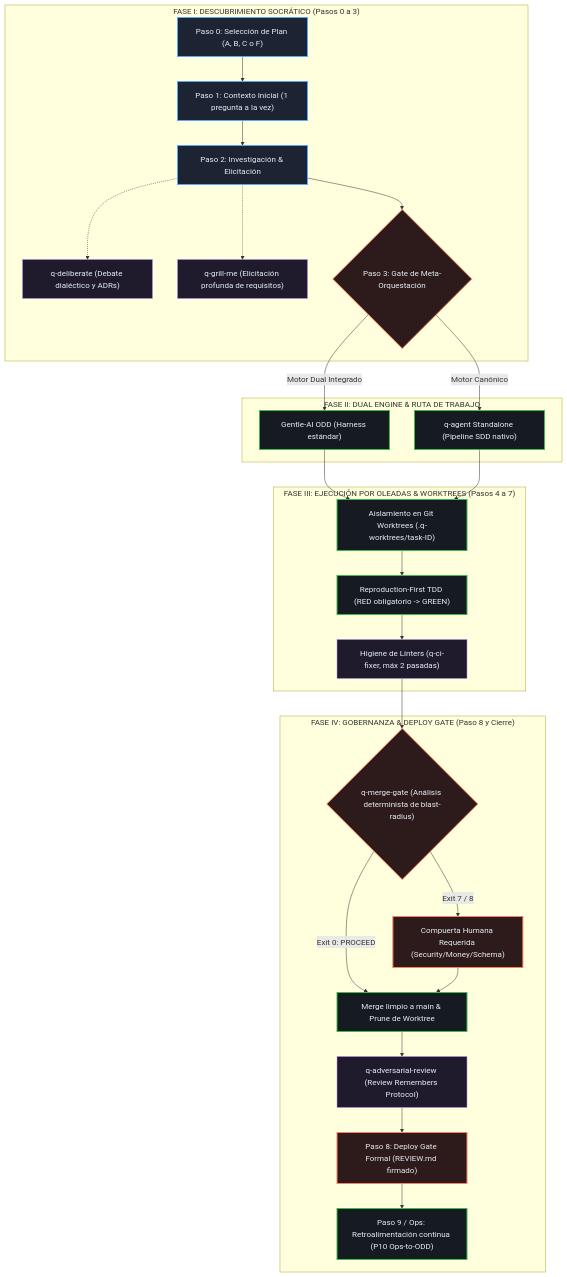
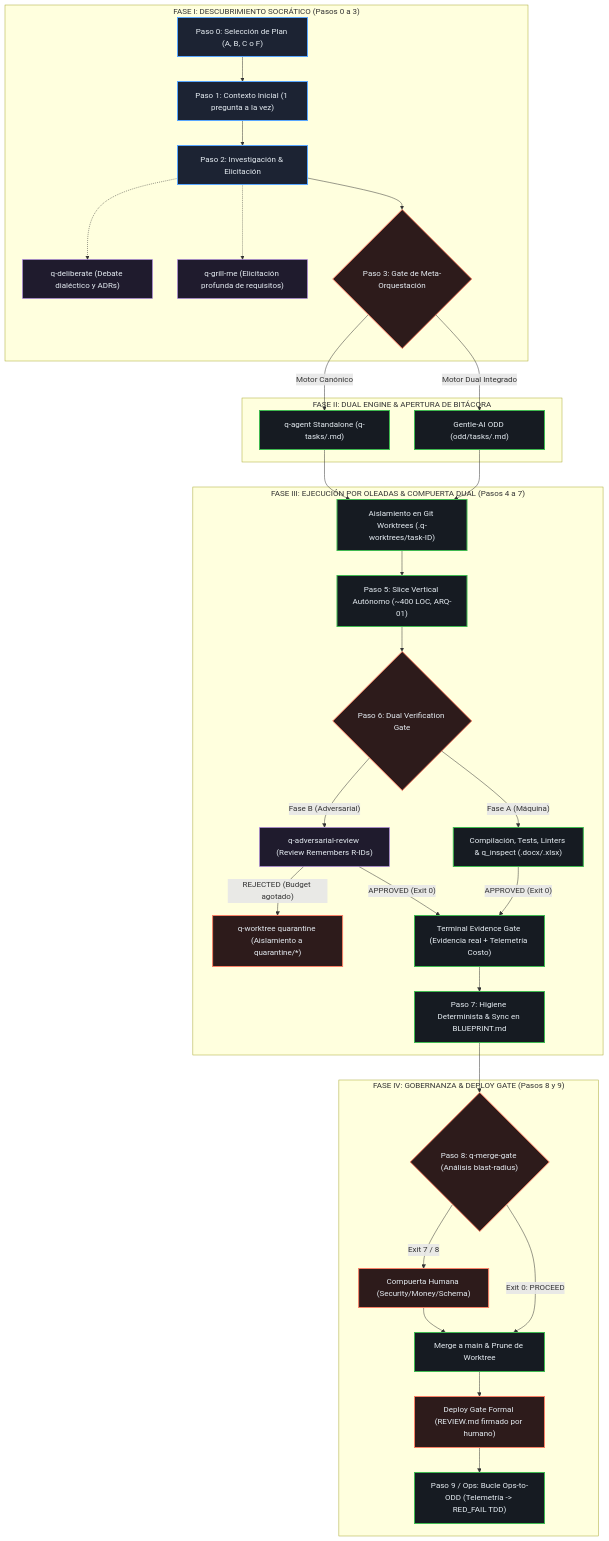
One commit to QuantumEdu/q-agent changed the diagram in README.md. Above: the diagram before and after it, drawn with Mermaid. The commit also changed other lines of this file, not shown here.

Commit message:
docs(readme): clarify e2e flow, dual verification gate, quarantine, and deliverable linter

````diff
--- a/README.md
+++ b/README.md
@@ -53,36 +53,40 @@
 ```mermaid
 flowchart TD
     classDef guided fill:#1c2333,stroke:#58a6ff,stroke-width:2px,color:#e6edf3;
     classDef auto fill:#161b22,stroke:#3fb950,stroke-width:2px,color:#e6edf3;
     classDef gate fill:#2d1b1b,stroke:#f78166,stroke-width:2px,color:#e6edf3;
     classDef skill fill:#1f1b2d,stroke:#bc8cff,stroke-width:1px,color:#e6edf3;
 
     subgraph Guided["FASE I: DESCUBRIMIENTO SOCRÁTICO (Pasos 0 a 3)"]
         S0["Paso 0: Selección de Plan (A, B, C o F)"]:::guided --> S1["Paso 1: Contexto Inicial (1 pregunta a la vez)"]:::guided
         S1 --> S2["Paso 2: Investigación & Elicitación"]:::guided
         S2 -.-> S2a["q-deliberate (Debate dialéctico y ADRs)"]:::skill
         S2 -.-> S2b["q-grill-me (Elicitación profunda de requisitos)"]:::skill
         S2 --> S3{"Paso 3: Gate de Meta-Orquestación"}:::gate
     end
 
-    subgraph DualEngine["FASE II: DUAL ENGINE & RUTA DE TRABAJO"]
-        S3 -->|"Motor Dual Integrado"| S4a["Gentle-AI ODD (Harness estándar)"]:::auto
-        S3 -->|"Motor Canónico"| S4b["q-agent Standalone (Pipeline SDD nativo)"]:::auto
+    subgraph DualEngine["FASE II: DUAL ENGINE & APERTURA DE BITÁCORA"]
+        S3 -->|"Motor Dual Integrado"| S4a["Gentle-AI ODD (odd/tasks/<feature>.md)"]:::auto
+        S3 -->|"Motor Canónico"| S4b["q-agent Standalone (q-tasks/<feature>.md)"]:::auto
     end
 
-    subgraph WaveExec["FASE III: EJECUCIÓN POR OLEADAS & WORKTREES (Pasos 4 a 7)"]
+    subgraph WaveExec["FASE III: EJECUCIÓN POR OLEADAS & COMPUERTA DUAL (Pasos 4 a 7)"]
         S4a & S4b --> WT["Aislamiento en Git Worktrees (.q-worktrees/task-ID)"]:::auto
-        WT --> TDD["Reproduction-First TDD (RED obligatorio -> GREEN)"]:::auto
-        TDD --> HYG["Higiene de Linters (q-ci-fixer, máx 2 pasadas)"]:::skill
+        WT --> SLICE["Paso 5: Slice Vertical Autónomo (~400 LOC, ARQ-01)"]:::auto
+        SLICE --> DUAL_GATE{"Paso 6: Dual Verification Gate"}:::gate
+        DUAL_GATE -->|"Fase A (Máquina)"| MACH["Compilación, Tests, Linters & q_inspect (.docx/.xlsx)"]:::auto
+        DUAL_GATE -->|"Fase B (Adversarial)"| AR["q-adversarial-review (Review Remembers R-IDs)"]:::skill
+        AR -->|"REJECTED (Budget agotado)"| QUAR["q-worktree quarantine (Aislamiento a quarantine/*)"]:::gate
+        MACH & AR -->|"APPROVED (Exit 0)"| TEG["Terminal Evidence Gate (Evidencia real + Telemetría Costo)"]:::auto
+        TEG --> SYNC["Paso 7: Higiene Determinista & Sync en BLUEPRINT.md"]:::auto
     end
 
-    subgraph GovernanceGate["FASE IV: GOBERNANZA & DEPLOY GATE (Paso 8 y Cierre)"]
-        HYG --> MG{"q-merge-gate (Análisis determinista de blast-radius)"}:::gate
-        MG -->|"Exit 0: PROCEED"| MRG["Merge limpio a main & Prune de Worktree"]:::auto
-        MG -->|"Exit 7 / 8"| HUM["Compuerta Humana Requerida (Security/Money/Schema)"]:::gate
+    subgraph GovernanceGate["FASE IV: GOBERNANZA & DEPLOY GATE (Pasos 8 y 9)"]
+        SYNC --> MG{"Paso 8: q-merge-gate (Análisis blast-radius)"}:::gate
+        MG -->|"Exit 0: PROCEED"| MRG["Merge a main & Prune de Worktree"]:::auto
+        MG -->|"Exit 7 / 8"| HUM["Compuerta Humana (Security/Money/Schema)"]:::gate
         HUM --> MRG
-        MRG --> AR["q-adversarial-review (Review Remembers Protocol)"]:::skill
-        AR --> S8["Paso 8: Deploy Gate Formal (REVIEW.md firmado)"]:::gate
-        S8 --> S9["Paso 9 / Ops: Retroalimentación continua (P10 Ops-to-ODD)"]:::auto
+        MRG --> S8["Deploy Gate Formal (REVIEW.md firmado por humano)"]:::gate
+        S8 --> S9["Paso 9 / Ops: Bucle Ops-to-ODD (Telemetría -> RED_FAIL TDD)"]:::auto
     end
 ```
````
